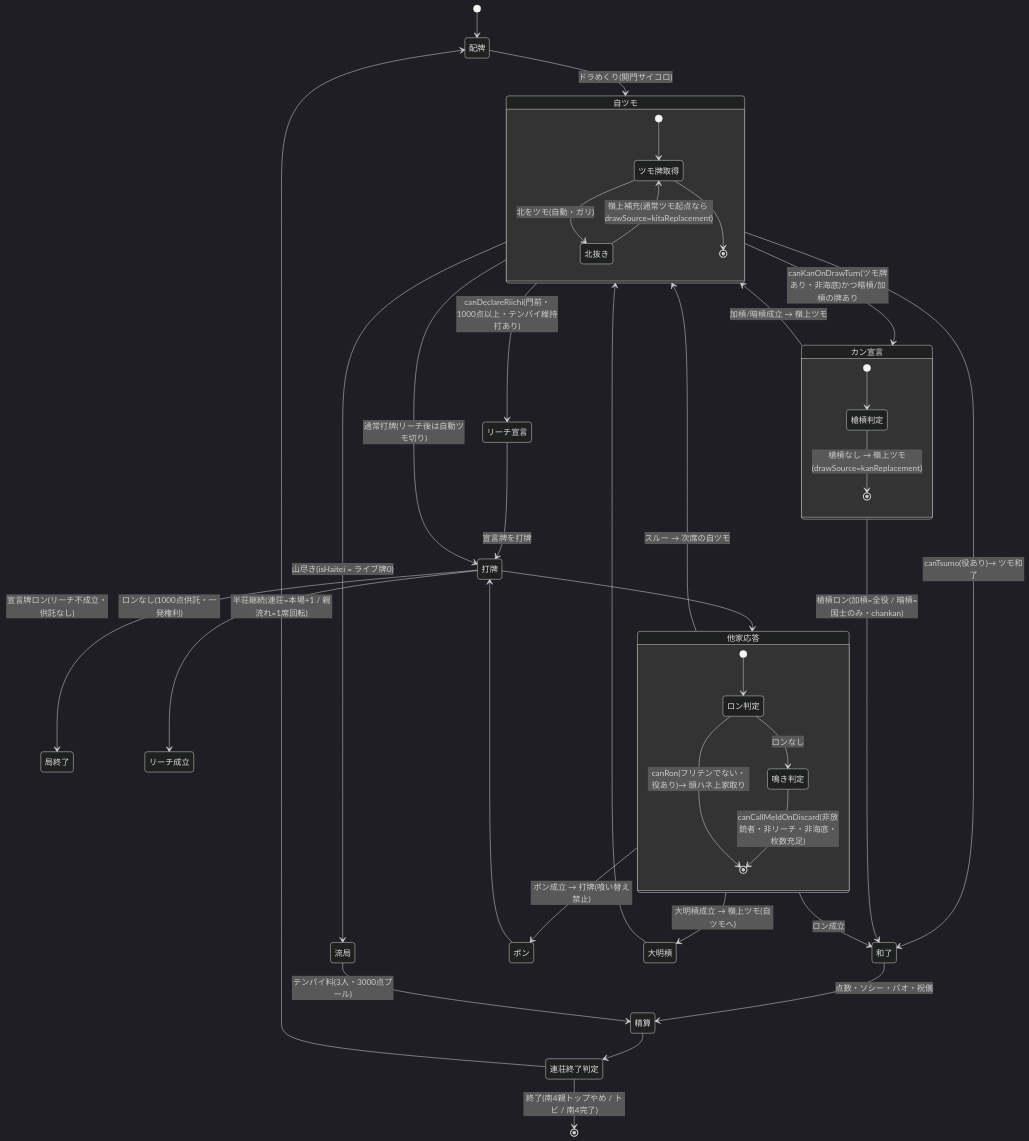
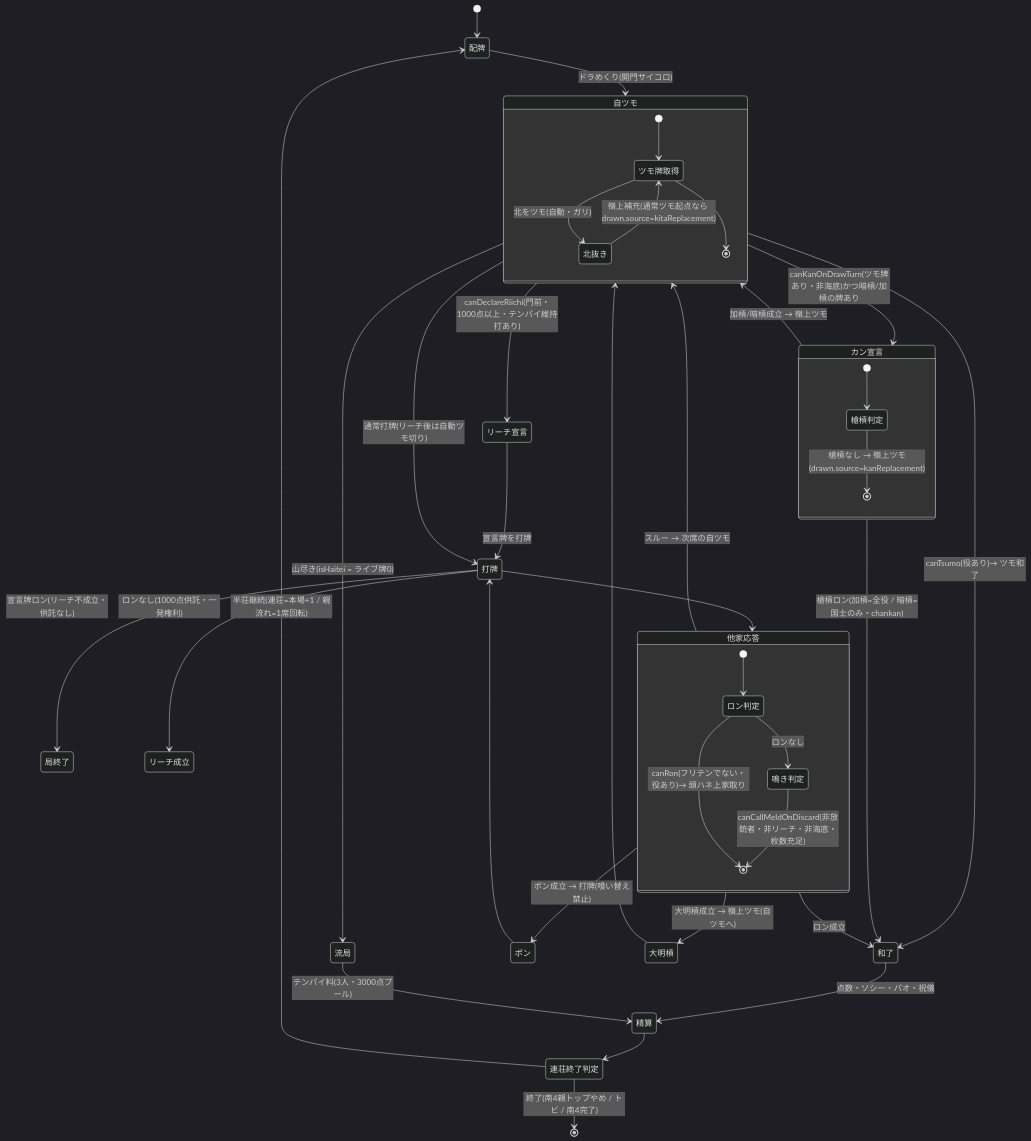
The second of 2 diagrams in documents/spec/game-flow.md (AutoDevJapan/FourBrosMahjong), drawn with Mermaid (dark theme) before and after one commit. The commit also changed other lines of this file, not shown here.

Commit message:
docs(game): describe unified draw source

````diff
--- a/documents/spec/game-flow.md
+++ b/documents/spec/game-flow.md
@@ -38,48 +38,48 @@
 ```mermaid
 stateDiagram-v2
     [*] --> 配牌
     配牌 --> 自ツモ: ドラめくり(開門サイコロ)
 
     state 自ツモ {
         [*] --> ツモ牌取得
         ツモ牌取得 --> 北抜き: 北をツモ(自動・ガリ)
-        北抜き --> ツモ牌取得: 嶺上補充(通常ツモ起点なら drawSource=kitaReplacement)
+        北抜き --> ツモ牌取得: 嶺上補充(通常ツモ起点なら drawn.source=kitaReplacement)
         ツモ牌取得 --> [*]
     }
 
     自ツモ --> 流局: 山尽き(isHaitei = ライブ牌0)
     自ツモ --> 和了: canTsumo(役あり)→ ツモ和了
     自ツモ --> リーチ宣言: canDeclareRiichi(門前・1000点以上・テンパイ維持打あり)
     自ツモ --> カン宣言: canKanOnDrawTurn(ツモ牌あり・非海底)かつ暗槓/加槓の牌あり
     自ツモ --> 打牌: 通常打牌(リーチ後は自動ツモ切り)
     リーチ宣言 --> 打牌: 宣言牌を打牌
     打牌 --> 局終了: 宣言牌ロン(リーチ不成立・供託なし)
     打牌 --> リーチ成立: ロンなし(1000点供託・一発権利)
 
     state カン宣言 {
         [*] --> 槍槓判定
-        槍槓判定 --> [*]: 槍槓なし → 嶺上ツモ(drawSource=kanReplacement)
+        槍槓判定 --> [*]: 槍槓なし → 嶺上ツモ(drawn.source=kanReplacement)
     }
     カン宣言 --> 自ツモ: 加槓/暗槓成立 → 嶺上ツモ
     カン宣言 --> 和了: 槍槓ロン(加槓=全役 / 暗槓=国士のみ・chankan)
 
     打牌 --> 他家応答
     state 他家応答 {
         [*] --> ロン判定
         ロン判定 --> [*]: canRon(フリテンでない・役あり)→ 頭ハネ上家取り
         ロン判定 --> 鳴き判定: ロンなし
         鳴き判定 --> [*]: canCallMeldOnDiscard(非放銃者・非リーチ・非海底・枚数充足)
     }
     他家応答 --> 和了: ロン成立
     他家応答 --> ポン: ポン成立 → 打牌(喰い替え禁止)
     他家応答 --> 大明槓: 大明槓成立 → 嶺上ツモ(自ツモへ)
     他家応答 --> 自ツモ: スルー → 次席の自ツモ
     ポン --> 打牌
     大明槓 --> 自ツモ
 
     和了 --> 精算: 点数・ソシー・パオ・祝儀
     流局 --> 精算: テンパイ料(3人・3000点プール)
     精算 --> 連荘終了判定
     連荘終了判定 --> 配牌: 半荘継続(連荘=本場+1 / 親流れ=1席回転)
     連荘終了判定 --> [*]: 終了(南4親トップやめ / トビ / 南4完了)
 ```
````
